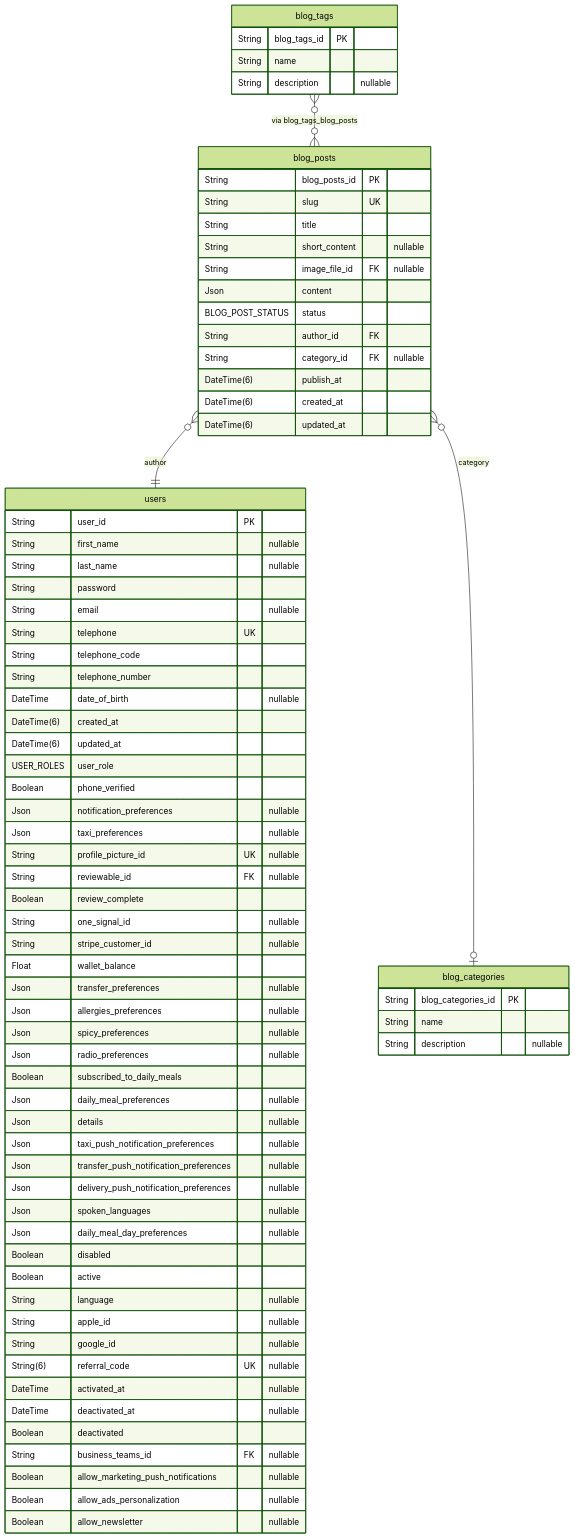
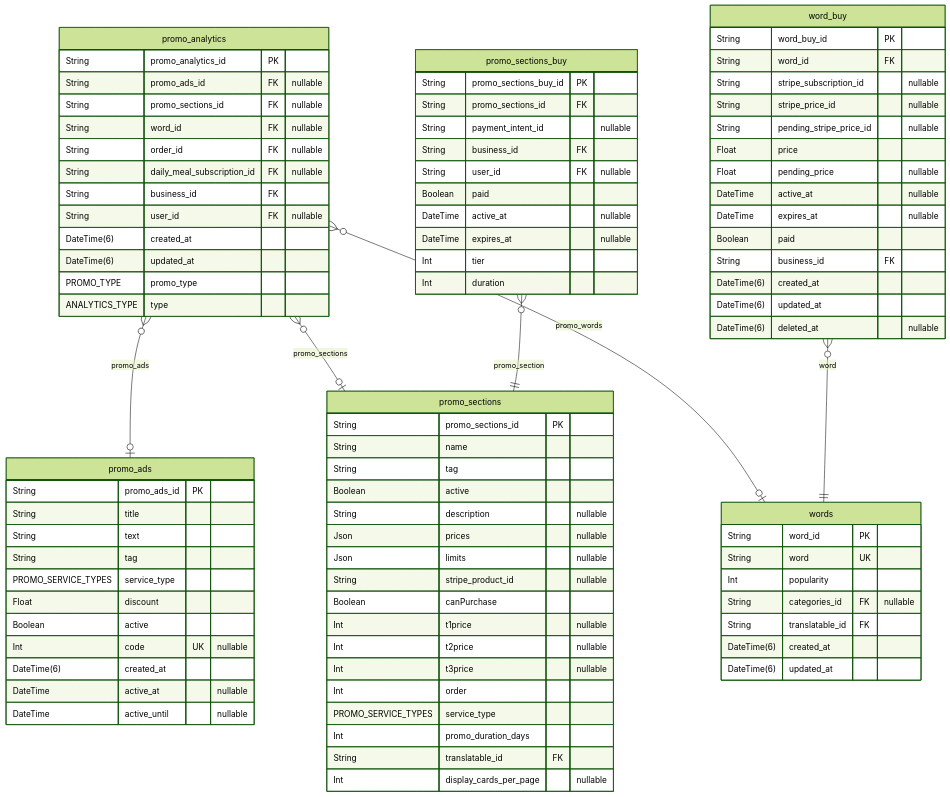
One commit to pbozic/be-analyisis changed diagram 15 of 39 in prisma/schemas/ERD.md. Above: the diagram before and after it, drawn with Mermaid (forest theme). The commit also changed other lines of this file and 6 other files, not shown here.

Commit message:
feature: erd bloat update + relation names change + removed newline in post-processing function

````diff
--- a/prisma/schemas/ERD.md
+++ b/prisma/schemas/ERD.md
@@ -3161,79 +2364,91 @@
 ```mermaid
 erDiagram
-"blog_tags" {
-  String blog_tags_id PK
+"promo_analytics" {
+  String promo_analytics_id PK
+  String promo_ads_id FK "nullable"
+  String promo_sections_id FK "nullable"
+  String word_id FK "nullable"
+  String order_id FK "nullable"
+  String daily_meal_subscription_id FK "nullable"
+  String business_id FK
+  String user_id FK "nullable"
+  DateTime(6) created_at
+  DateTime(6) updated_at
+  PROMO_TYPE promo_type
+  ANALYTICS_TYPE type
+}
+"promo_sections" {
+  String promo_sections_id PK
   String name
+  String tag
+  Boolean active
   String description "nullable"
+  Json prices "nullable"
+  Json limits "nullable"
+  String stripe_product_id "nullable"
+  Boolean canPurchase
+  Int t1price "nullable"
+  Int t2price "nullable"
+  Int t3price "nullable"
+  Int order
+  PROMO_SERVICE_TYPES service_type
+  Int promo_duration_days
+  String translatable_id FK
+  Int display_cards_per_page "nullable"
 }
-"blog_categories" {
-  String blog_categories_id PK
-  String name
-  String description "nullable"
+"promo_sections_buy" {
+  String promo_sections_buy_id PK
+  String promo_sections_id FK
+  String payment_intent_id "nullable"
+  String business_id FK
+  String user_id FK "nullable"
+  Boolean paid
+  DateTime active_at "nullable"
+  DateTime expires_at "nullable"
+  Int tier
+  Int duration
 }
-"blog_posts" {
-  String blog_posts_id PK
-  String slug UK
+"promo_ads" {
+  String promo_ads_id PK
   String title
-  String short_content "nullable"
-  String image_file_id FK "nullable"
-  Json content
-  BLOG_POST_STATUS status
-  String author_id FK
-  String category_id FK "nullable"
-  DateTime(6) publish_at
+  String text
+  String tag
+  PROMO_SERVICE_TYPES service_type
+  Float discount
+  Boolean active
+  Int code UK "nullable"
+  DateTime(6) created_at
+  DateTime active_at "nullable"
+  DateTime active_until "nullable"
+}
+"words" {
+  String word_id PK
+  String word UK
+  Int popularity
+  String categories_id FK "nullable"
+  String translatable_id FK
   DateTime(6) created_at
   DateTime(6) updated_at
 }
-"users" {
-  String user_id PK
-  String first_name "nullable"
-  String last_name "nullable"
-  String password
-  String email "nullable"
-  String telephone UK
-  String telephone_code
-  String telephone_number
-  DateTime date_of_birth "nullable"
+"word_buy" {
+  String word_buy_id PK
+  String word_id FK
+  String stripe_subscription_id "nullable"
+  String stripe_price_id "nullable"
+  String pending_stripe_price_id "nullable"
+  Float price
+  Float pending_price "nullable"
+  DateTime active_at "nullable"
+  DateTime expires_at "nullable"
+  Boolean paid
+  String business_id FK
   DateTime(6) created_at
   DateTime(6) updated_at
-  USER_ROLES user_role
-  Boolean phone_verified
-  Json notification_preferences "nullable"
-  Json taxi_preferences "nullable"
-  String profile_picture_id UK "nullable"
-  String reviewable_id FK "nullable"
-  Boolean review_complete
-  String one_signal_id "nullable"
-  String stripe_customer_id "nullable"
-  Float wallet_balance
-  Json transfer_preferences "nullable"
-  Json allergies_preferences "nullable"
-  Json spicy_preferences "nullable"
-  Json radio_preferences "nullable"
-  Boolean subscribed_to_daily_meals
-  Json daily_meal_preferences "nullable"
-  Json details "nullable"
-  Json taxi_push_notification_preferences "nullable"
-  Json transfer_push_notification_preferences "nullable"
-  Json delivery_push_notification_preferences "nullable"
-  Json spoken_languages "nullable"
-  Json daily_meal_day_preferences "nullable"
-  Boolean disabled
-  Boolean active
-  String language "nullable"
-  String apple_id "nullable"
-  String google_id "nullable"
-  String(6) referral_code UK "nullable"
-  DateTime activated_at "nullable"
-  DateTime deactivated_at "nullable"
-  Boolean deactivated
-  String business_teams_id FK "nullable"
-  Boolean allow_marketing_push_notifications "nullable"
-  Boolean allow_ads_personalization "nullable"
-  Boolean allow_newsletter "nullable"
+  DateTime(6) deleted_at "nullable"
 }
-"blog_posts" }o--|| "users" : author
-"blog_posts" }o--o| "blog_categories" : category
-
-"blog_tags" }o--o{ "blog_posts" : "via blog_tags_blog_posts"
+"promo_analytics" }o--o| "promo_ads" : promo_ads
+"promo_analytics" }o--o| "promo_sections" : promo_sections
+"promo_analytics" }o--o| "words" : promo_words
+"promo_sections_buy" }o--|| "promo_sections" : promo_section
+"word_buy" }o--|| "words" : word
 ```
````
